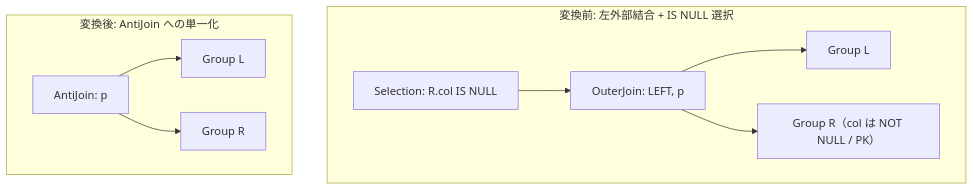
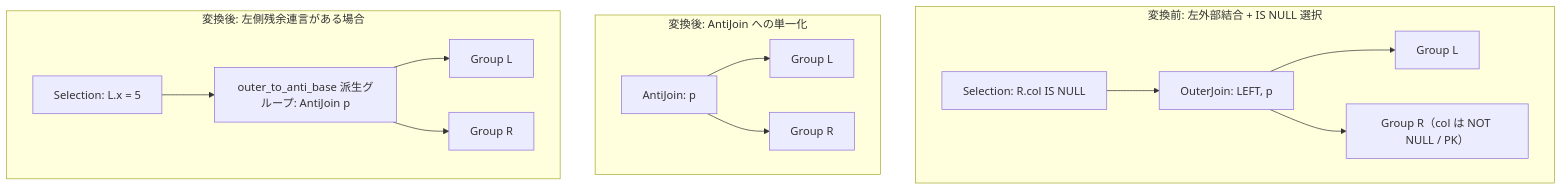
One commit to kumagi/tinylamb changed the diagram in docs/opt/part2-rules/logical/outer_to_anti_join.md. Above: the diagram before and after it, drawn with Mermaid. The commit also changed other lines of this file and 674 other files, not shown here.

````diff
--- a/docs/opt/part2-rules/logical/outer_to_anti_join.md
+++ b/docs/opt/part2-rules/logical/outer_to_anti_join.md
@@ -14,11 +14,16 @@
 ```mermaid
 graph TD
   subgraph before["変換前: 左外部結合 + IS NULL 選択"]
     S1["Selection: R.col IS NULL"] --> O1["OuterJoin: LEFT, p"] --> L1["Group L"]
     O1 --> R1["Group R（col は NOT NULL / PK）"]
   end
   subgraph after["変換後: AntiJoin への単一化"]
     A1["AntiJoin: p"] --> L2["Group L"]
     A1 --> R2["Group R"]
   end
+  subgraph afterres["変換後: 左側残余連言がある場合"]
+    S2["Selection: L.x = 5"] --> AG["outer_to_anti_base 派生グループ: AntiJoin p"]
+    AG --> L3["Group L"]
+    AG --> R3["Group R"]
+  end
 ```
````
